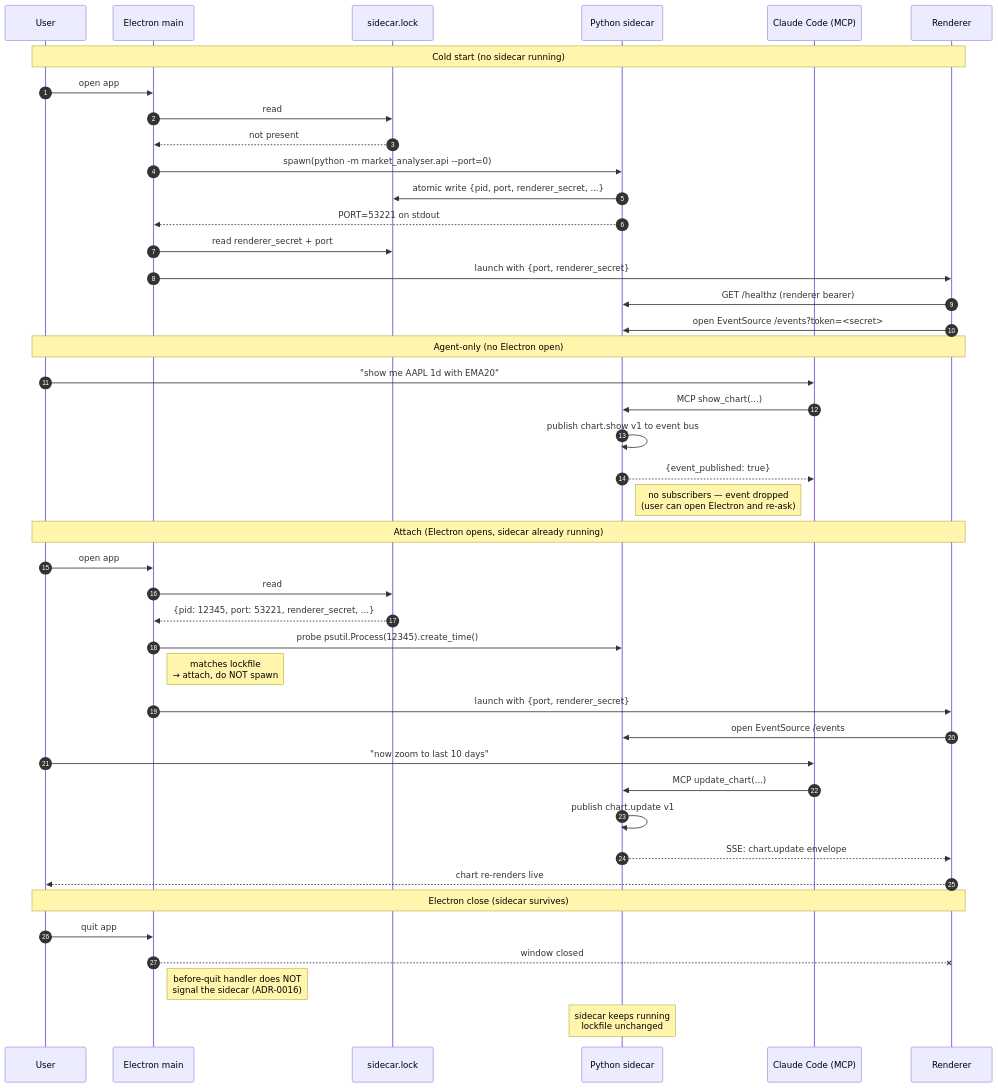
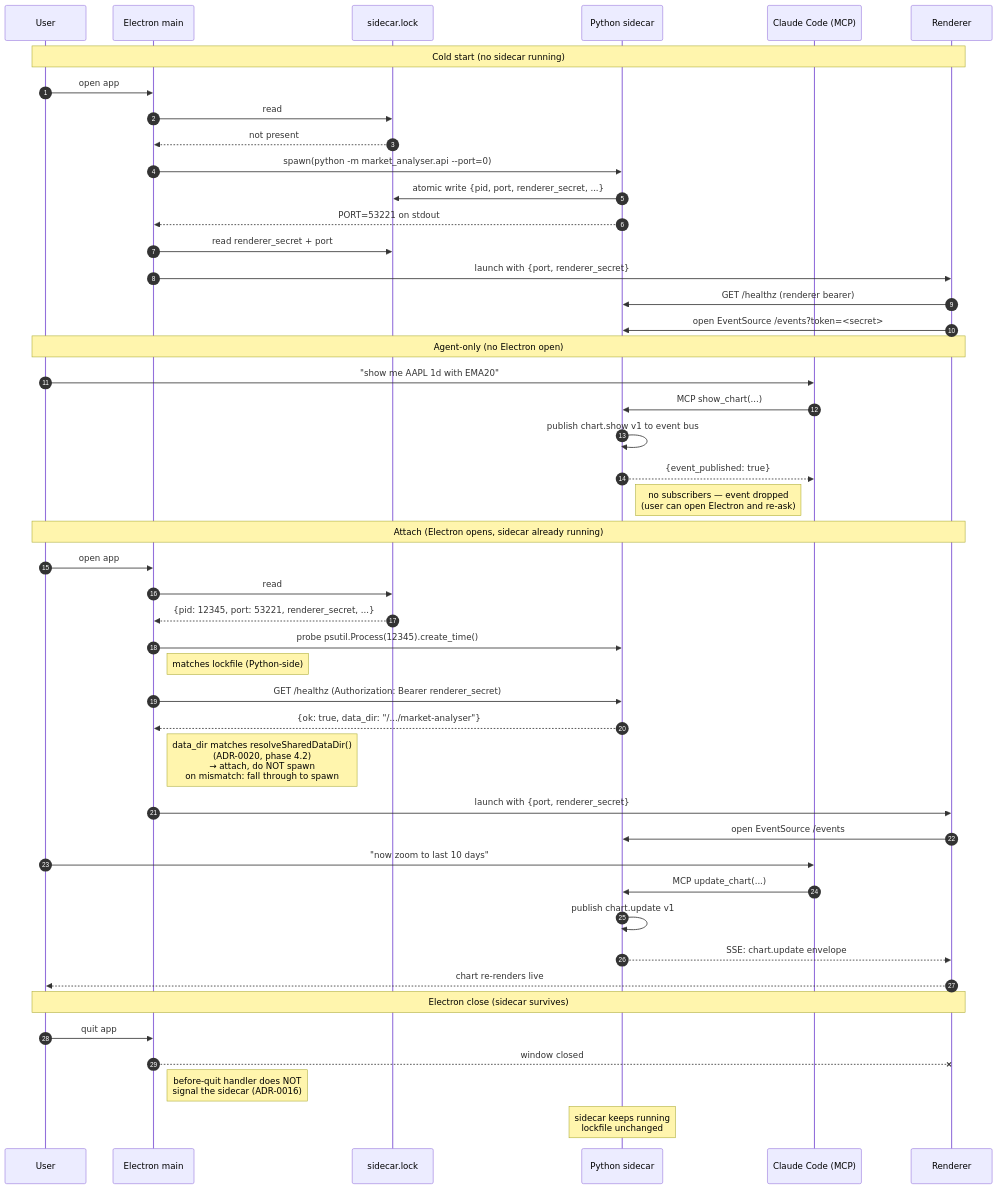
One commit to IgorKonovalov/market-analyzer changed the second of 3 diagrams in docs/architecture/diagrams/claude-cli-driven-architecture.md. Above: the diagram before and after it, drawn with Mermaid. The commit also changed other lines of this file and 4 other files, not shown here.

First line of the commit message:
docs(architecture): close Plan 0007 (live agent-driven viewer)

````diff
--- a/docs/architecture/diagrams/claude-cli-driven-architecture.md
+++ b/docs/architecture/diagrams/claude-cli-driven-architecture.md
@@ -66,49 +66,52 @@
 ```mermaid
 sequenceDiagram
     autonumber
     participant User
     participant E as Electron main
     participant LF as sidecar.lock
     participant S as Python sidecar
     participant C as Claude Code (MCP)
     participant V as Renderer
 
     Note over User,V: Cold start (no sidecar running)
     User->>E: open app
     E->>LF: read
     LF-->>E: not present
     E->>S: spawn(python -m market_analyser.api --port=0)
     S->>LF: atomic write {pid, port, renderer_secret, ...}
     S-->>E: PORT=53221 on stdout
     E->>LF: read renderer_secret + port
     E->>V: launch with {port, renderer_secret}
     V->>S: GET /healthz (renderer bearer)
     V->>S: open EventSource /events?token=<secret>
 
     Note over User,V: Agent-only (no Electron open)
     User->>C: "show me AAPL 1d with EMA20"
     C->>S: MCP show_chart(...)
     S->>S: publish chart.show v1 to event bus
     S-->>C: {event_published: true}
     Note right of S: no subscribers — event dropped<br/>(user can open Electron and re-ask)
 
     Note over User,V: Attach (Electron opens, sidecar already running)
     User->>E: open app
     E->>LF: read
     LF-->>E: {pid: 12345, port: 53221, renderer_secret, ...}
     E->>S: probe psutil.Process(12345).create_time()
-    Note right of E: matches lockfile<br/>→ attach, do NOT spawn
+    Note right of E: matches lockfile (Python-side)
+    E->>S: GET /healthz (Authorization: Bearer renderer_secret)
+    S-->>E: {ok: true, data_dir: "/.../market-analyser"}
+    Note right of E: data_dir matches resolveSharedDataDir()<br/>(ADR-0020, phase 4.2)<br/>→ attach, do NOT spawn<br/>on mismatch: fall through to spawn
     E->>V: launch with {port, renderer_secret}
     V->>S: open EventSource /events
     User->>C: "now zoom to last 10 days"
     C->>S: MCP update_chart(...)
     S->>S: publish chart.update v1
     S-->>V: SSE: chart.update envelope
     V-->>User: chart re-renders live
 
     Note over User,V: Electron close (sidecar survives)
     User->>E: quit app
     E--xV: window closed
     Note right of E: before-quit handler does NOT<br/>signal the sidecar (ADR-0016)
     Note over S: sidecar keeps running<br/>lockfile unchanged
 ```
````
